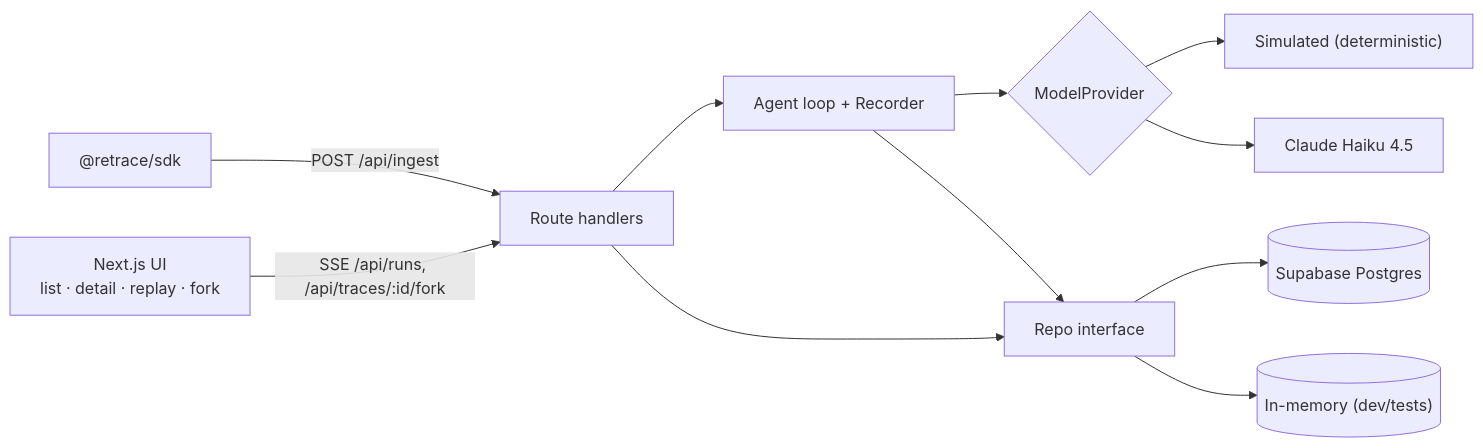
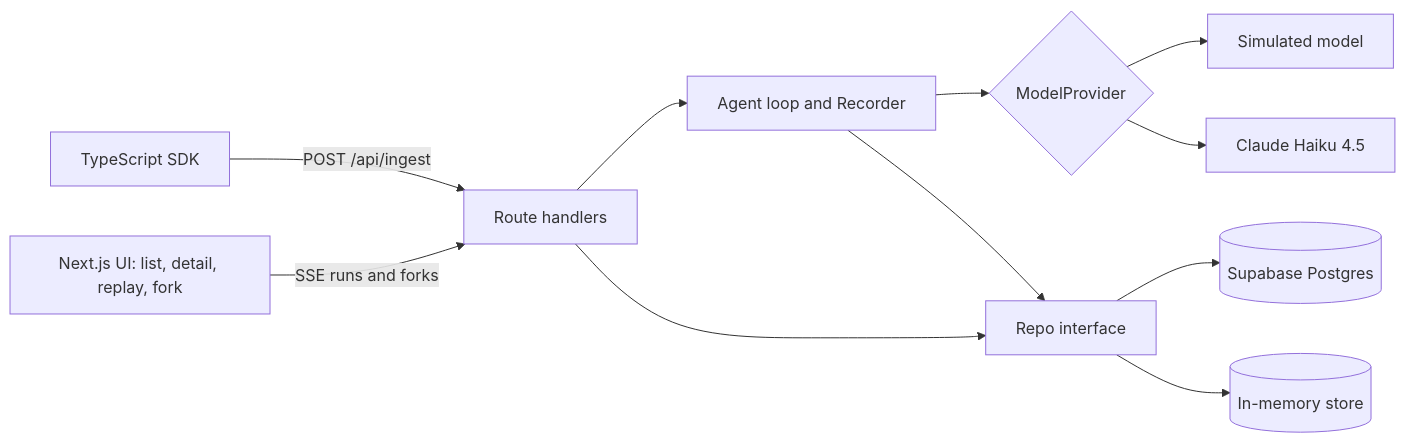
The diagram in README.md (NeelParihar/retrace), drawn with Mermaid before and after one commit.

Commit message:
docs: simplify architecture diagram so GitHub renders it

````diff
--- a/README.md
+++ b/README.md
@@ -20,13 +20,13 @@
 ```mermaid
 flowchart LR
-  SDK["@retrace/sdk"] -->|POST /api/ingest| API
-  UI["Next.js UI<br/>list · detail · replay · fork"] -->|SSE /api/runs, /api/traces/:id/fork| API
-  API["Route handlers"] --> Agent["Agent loop + Recorder"]
+  SDK["TypeScript SDK"] -- "POST /api/ingest" --> API
+  UI["Next.js UI: list, detail, replay, fork"] -- "SSE runs and forks" --> API
+  API["Route handlers"] --> Agent["Agent loop and Recorder"]
   Agent --> Provider{"ModelProvider"}
-  Provider --> Sim["Simulated (deterministic)"]
+  Provider --> Sim["Simulated model"]
   Provider --> Claude["Claude Haiku 4.5"]
   API --> Repo["Repo interface"]
   Agent --> Repo
   Repo --> PG[("Supabase Postgres")]
-  Repo --> Mem[("In-memory (dev/tests)")]
+  Repo --> Mem[("In-memory store")]
 ```
````
